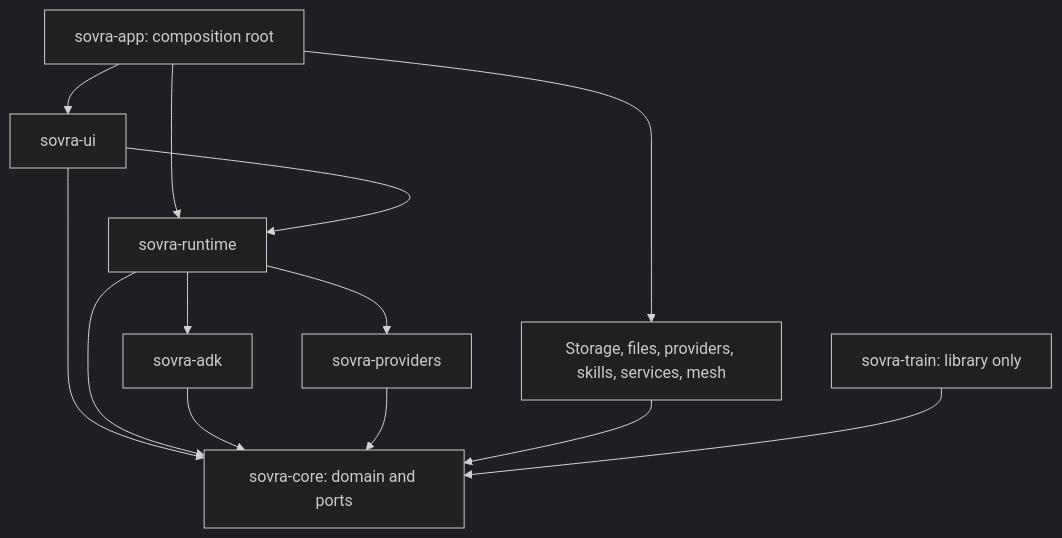
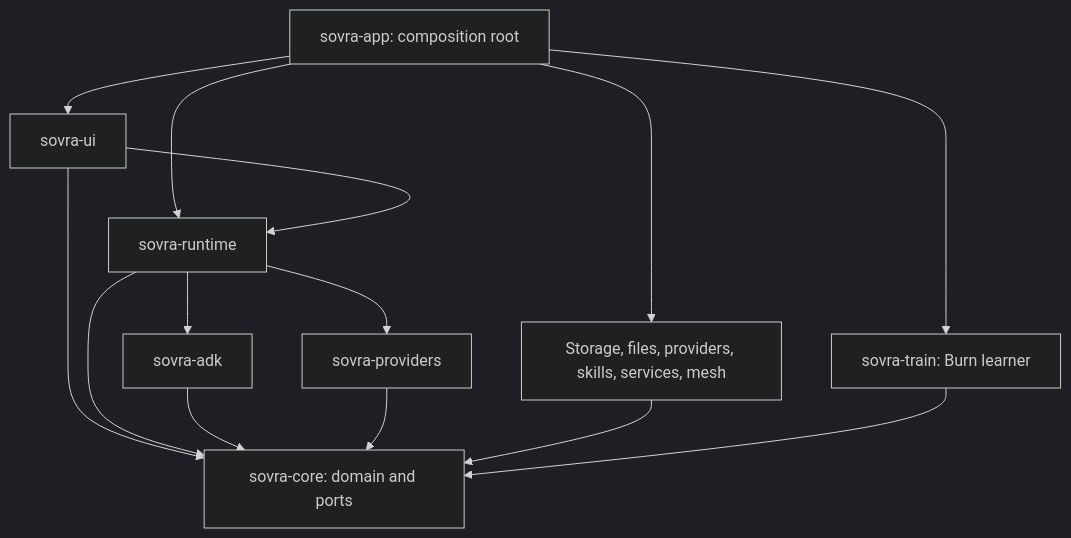
Before and after one commit to Sovra-AI/SovraHarness: the first of 2 diagrams in docs/architecture.md, drawn with Mermaid (dark theme). The commit also changed other lines of this file and 62 other files, not shown here.

````diff
--- a/docs/architecture.md
+++ b/docs/architecture.md
@@ -27,15 +27,16 @@
 ```mermaid
 flowchart TB
   app["sovra-app: composition root"] --> ui["sovra-ui"]
   app --> runtime["sovra-runtime"]
   app --> adapters["Storage, files, providers, skills, services, mesh"]
   ui --> runtime
   ui --> core["sovra-core: domain and ports"]
   runtime --> adk["sovra-adk"]
   runtime --> providers["sovra-providers"]
   runtime --> core
   adk --> core
   providers --> core
   adapters --> core
-  train["sovra-train: library only"] --> core
+  app --> train["sovra-train: Burn learner"]
+  train --> core
 ```
````
